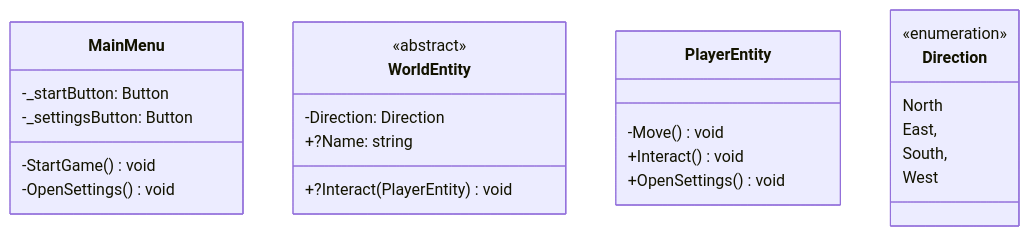
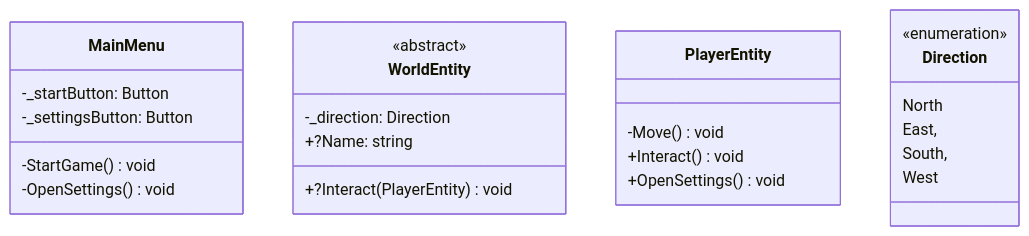
One commit to A-A-Tel/TheBizarreJourney-Godot changed the diagram in Scripts/Diagram.mmd. Above: the diagram before and after it, drawn with Mermaid. The commit also changed 2 other files, not shown here.

```diff
--- a/Scripts/Diagram.mmd
+++ b/Scripts/Diagram.mmd
@@ -1,31 +1,31 @@
 classDiagram
     class MainMenu {
         -_startButton: Button
         -_settingsButton: Button
         
         -StartGame() void
         -OpenSettings() void
     }
     
     class WorldEntity {
         <<abstract>>
         
-        -Direction: Direction
+        -_direction: Direction
         +?Name: string
         
         +?Interact(PlayerEntity) void
     }
     
     class PlayerEntity {
         -Move() void
         +Interact() void
         +OpenSettings() void
     }
     
     class Direction {
         <<enumeration>>
         North
         East,
         South,
         West
     }
```
